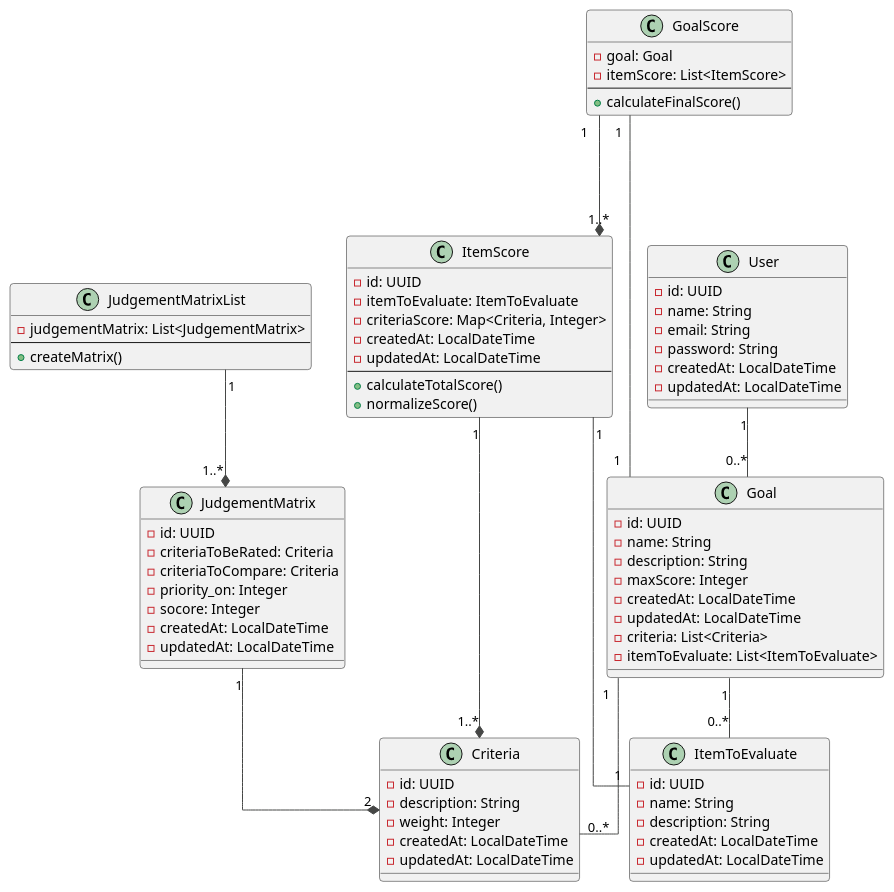
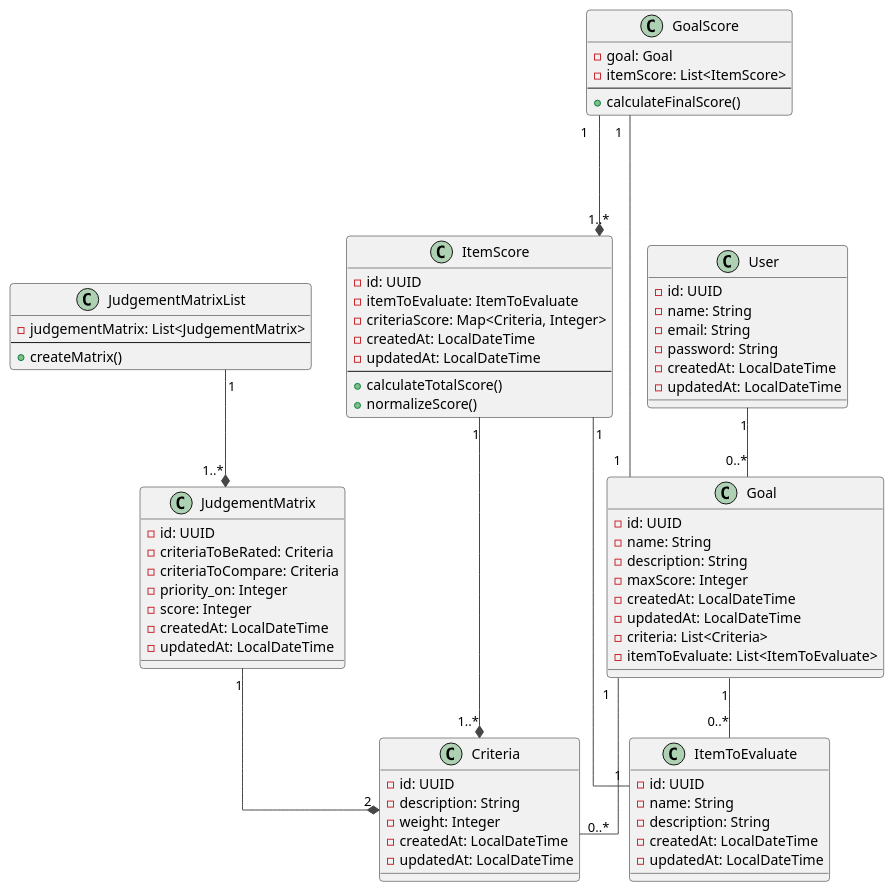
Before and after one commit to UpperApps/go-non-go-matrix: the diagram in src/resources/diagrams/go-non-go-domain-model.puml, drawn with PlantUML. The commit also changed 4 other files, not shown here.

```diff
--- a/src/resources/diagrams/go-non-go-domain-model.puml
+++ b/src/resources/diagrams/go-non-go-domain-model.puml
@@ -1,87 +1,87 @@
 @startuml Go-Non-Go Domain Model
 'https://plantuml.com/class-diagram
 'left to right direction
 skinparam linetype ortho
 !theme vibrant
 
 class User {
     -id: UUID
     -name: String
     -email: String
     -password: String
     -createdAt: LocalDateTime
     -updatedAt: LocalDateTime
 }
 
 class Goal {
     -id: UUID
     -name: String
     -description: String
     -maxScore: Integer
     -createdAt: LocalDateTime
     -updatedAt: LocalDateTime
     -criteria: List<Criteria>
     -itemToEvaluate: List<ItemToEvaluate>
 }
 
 class Criteria {
     -id: UUID
     -description: String
     -weight: Integer
     -createdAt: LocalDateTime
     -updatedAt: LocalDateTime
 }
 
 class ItemToEvaluate {
     -id: UUID
     -name: String
     -description: String
     -createdAt: LocalDateTime
     -updatedAt: LocalDateTime
 }
 
 class JudgementMatrix {
     -id: UUID
     -criteriaToBeRated: Criteria
     -criteriaToCompare: Criteria
     -priority_on: Integer
-    -socore: Integer
+    -score: Integer
     -createdAt: LocalDateTime
     -updatedAt: LocalDateTime
 }
 
 class JudgementMatrixList {
     -judgementMatrix: List<JudgementMatrix>
     --
     +createMatrix()
 }
 
 class ItemScore {
     -id: UUID
     -itemToEvaluate: ItemToEvaluate
     -criteriaScore: Map<Criteria, Integer>
     -createdAt: LocalDateTime
     -updatedAt: LocalDateTime
     --
     +calculateTotalScore()
     +normalizeScore()
 }
 
 class GoalScore {
     -goal: Goal
     -itemScore: List<ItemScore>
     --
     +calculateFinalScore()
 }
 
 User "1" -- "0..*" Goal
 Goal "1" -- "0..*" Criteria
 Goal "1" -- "0..*" ItemToEvaluate
 JudgementMatrix "1" --* "2" Criteria
 ItemScore "1" ---* "1..*" Criteria
 ItemScore "1" --- "1" ItemToEvaluate
 JudgementMatrixList "1" --* "1..*" JudgementMatrix
 GoalScore "1" -- "1" Goal
 GoalScore "1" ---* "1..*" ItemScore
 
 @enduml
```
